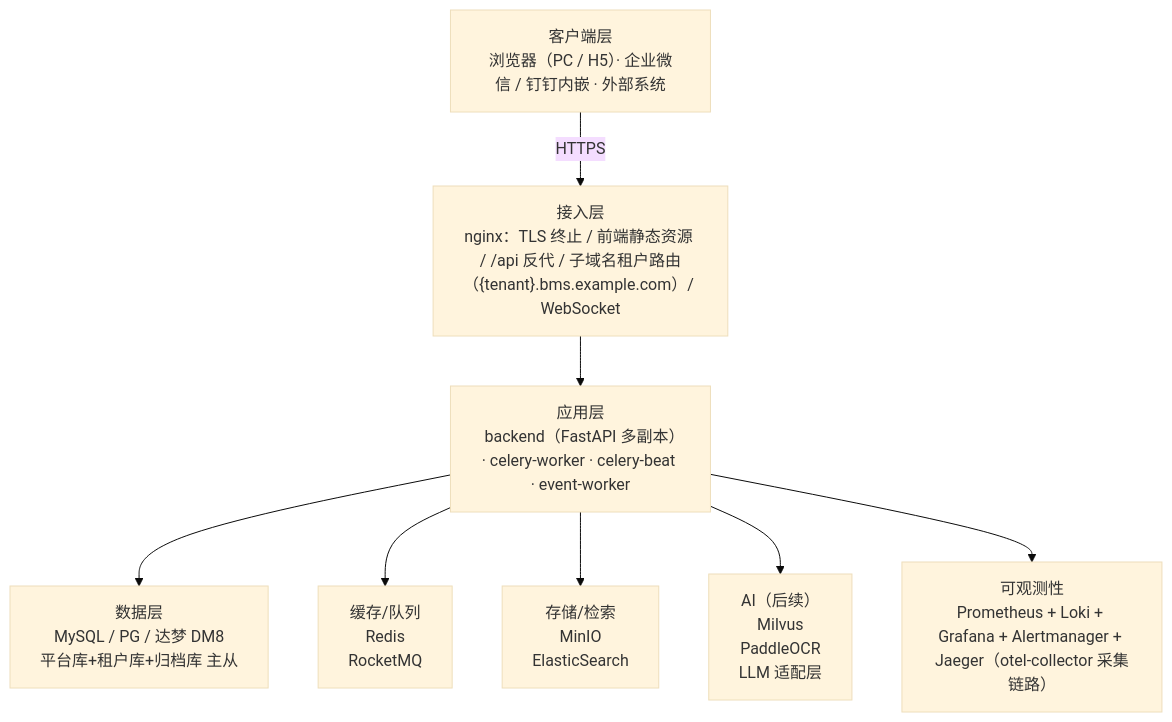
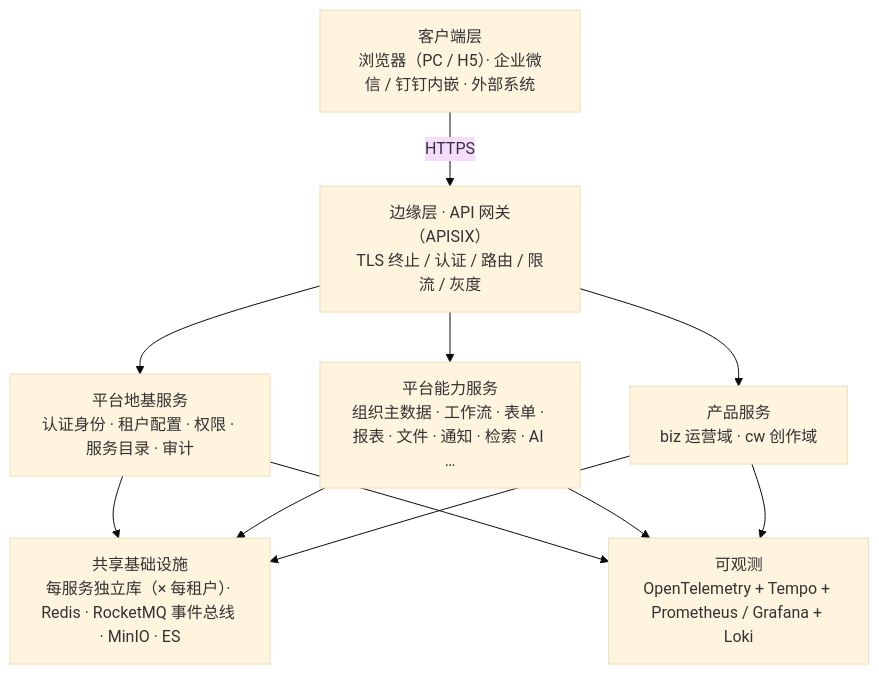
Before and after one commit to minjian123/basic-management-system: the first of 3 diagrams in bms文档/设计/架构设计/03_架构设计_总体架构.md, drawn with Mermaid (base theme). The commit also changed other lines of this file and 20 other files, not shown here.

````diff
--- a/bms文档/设计/架构设计/03_架构设计_总体架构.md
+++ b/bms文档/设计/架构设计/03_架构设计_总体架构.md
@@ -17,11 +17,14 @@
 ```mermaid
 graph TD
     A["客户端层<br/>浏览器（PC / H5）· 企业微信 / 钉钉内嵌 · 外部系统"]
-    A -->|HTTPS| B["接入层<br/>nginx：TLS 终止 / 前端静态资源 / /api 反代 / 子域名租户路由（{tenant}.bms.example.com）/ WebSocket"]
-    B --> C["应用层<br/>backend（FastAPI 多副本）· celery-worker · celery-beat · event-worker"]
-    C --> D["数据层<br/>MySQL / PG / 达梦 DM8<br/>平台库+租户库+归档库 主从"]
-    C --> E["缓存/队列<br/>Redis<br/>RocketMQ"]
-    C --> F["存储/检索<br/>MinIO<br/>ElasticSearch"]
-    C --> G["AI（后续）<br/>Milvus<br/>PaddleOCR<br/>LLM 适配层"]
-    C --> H["可观测性<br/>Prometheus + Loki + Grafana + Alertmanager + Jaeger（otel-collector 采集链路）"]
+    A -->|HTTPS| G["边缘层 · API 网关（APISIX）<br/>TLS 终止 / 认证 / 路由 / 限流 / 灰度"]
+    G --> S0["平台地基服务<br/>认证身份 · 租户配置 · 权限 · 服务目录 · 审计"]
+    G --> S1["平台能力服务<br/>组织主数据 · 工作流 · 表单 · 报表 · 文件 · 通知 · 检索 · AI …"]
+    G --> S2["产品服务<br/>biz 运营域 · cw 创作域"]
+    S0 --> INF["共享基础设施<br/>每服务独立库（× 每租户）· Redis · RocketMQ 事件总线 · MinIO · ES"]
+    S1 --> INF
+    S2 --> INF
+    S0 --> OBS["可观测<br/>OpenTelemetry + Tempo + Prometheus / Grafana + Loki"]
+    S1 --> OBS
+    S2 --> OBS
 ```
````
